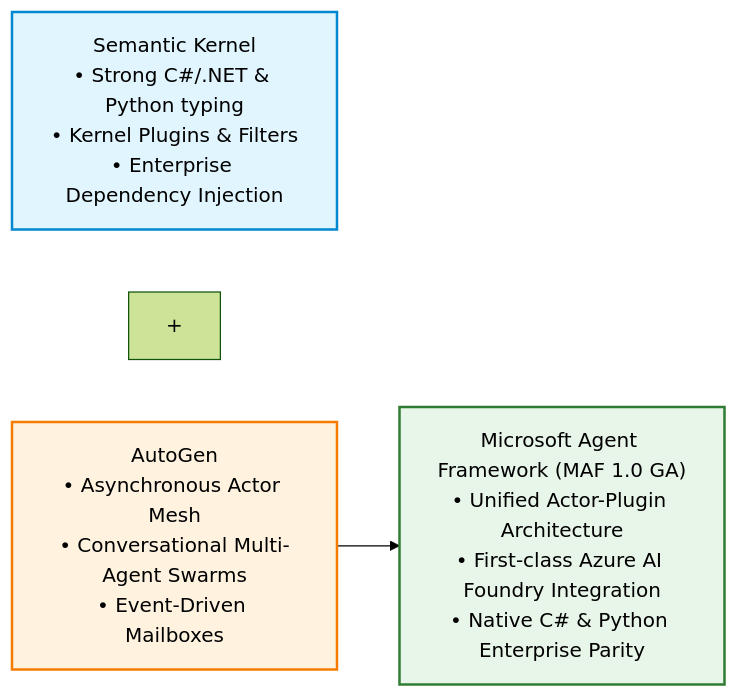
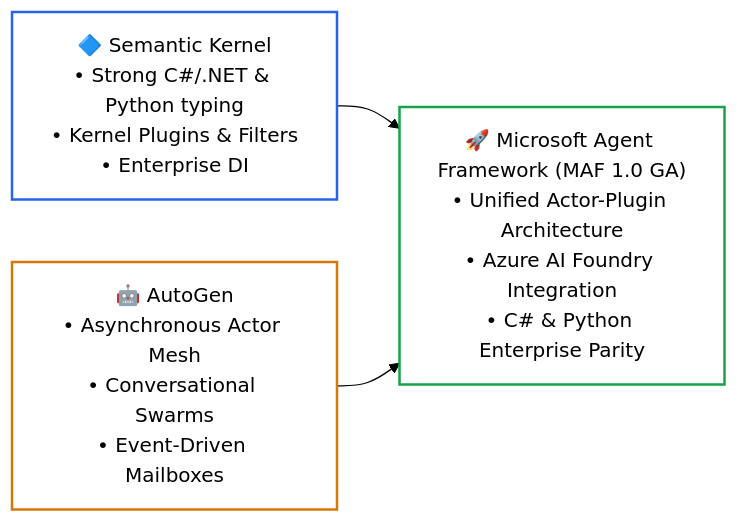
One commit to dip4k/senior-engineer-to-ai-engineer-roadmap changed the third of 4 diagrams in 04-agentic-systems-and-orchestration/07-agent-development-platforms-and-adks.md. Above: the diagram before and after it, drawn with Mermaid (forest theme). The commit also changed other lines of this file and 94 other files, not shown here.

Commit message:
refactor(curriculum): complete Phase 04 upgrade and enforce diagram renderer invariants

````diff
--- a/04-agentic-systems-and-orchestration/07-agent-development-platforms-and-adks.md
+++ b/04-agentic-systems-and-orchestration/07-agent-development-platforms-and-adks.md
@@ -95,11 +146,13 @@
 ```mermaid
 flowchart LR
-    classDef sk fill:#e1f5fe,stroke:#0288d1,stroke-width:2px;
-    classDef ag fill:#fff3e0,stroke:#f57c00,stroke-width:2px;
-    classDef maf fill:#e8f5e9,stroke:#2e7d32,stroke-width:2px;
+    SK["🔷 Semantic Kernel<br/>• Strong C#/.NET & Python typing<br/>• Kernel Plugins & Filters<br/>• Enterprise DI"]
+    AG["🤖 AutoGen<br/>• Asynchronous Actor Mesh<br/>• Conversational Swarms<br/>• Event-Driven Mailboxes"]
+    MAF["🚀 Microsoft Agent Framework (MAF 1.0 GA)<br/>• Unified Actor-Plugin Architecture<br/>• Azure AI Foundry Integration<br/>• C# & Python Enterprise Parity"]
 
-    SK["Semantic Kernel\n• Strong C#/.NET & Python typing\n• Kernel Plugins & Filters\n• Enterprise Dependency Injection"]:::sk
-    +
-    AG["AutoGen\n• Asynchronous Actor Mesh\n• Conversational Multi-Agent Swarms\n• Event-Driven Mailboxes"]:::ag
-    --> MAF["Microsoft Agent Framework (MAF 1.0 GA)\n• Unified Actor-Plugin Architecture\n• First-class Azure AI Foundry Integration\n• Native C# & Python Enterprise Parity"]:::maf
+    SK --> MAF
+    AG --> MAF
+
+    style SK stroke:#2563eb,stroke-width:2px,fill:none
+    style AG stroke:#d97706,stroke-width:2px,fill:none
+    style MAF stroke:#16a34a,stroke-width:2px,fill:none
 ```
````
